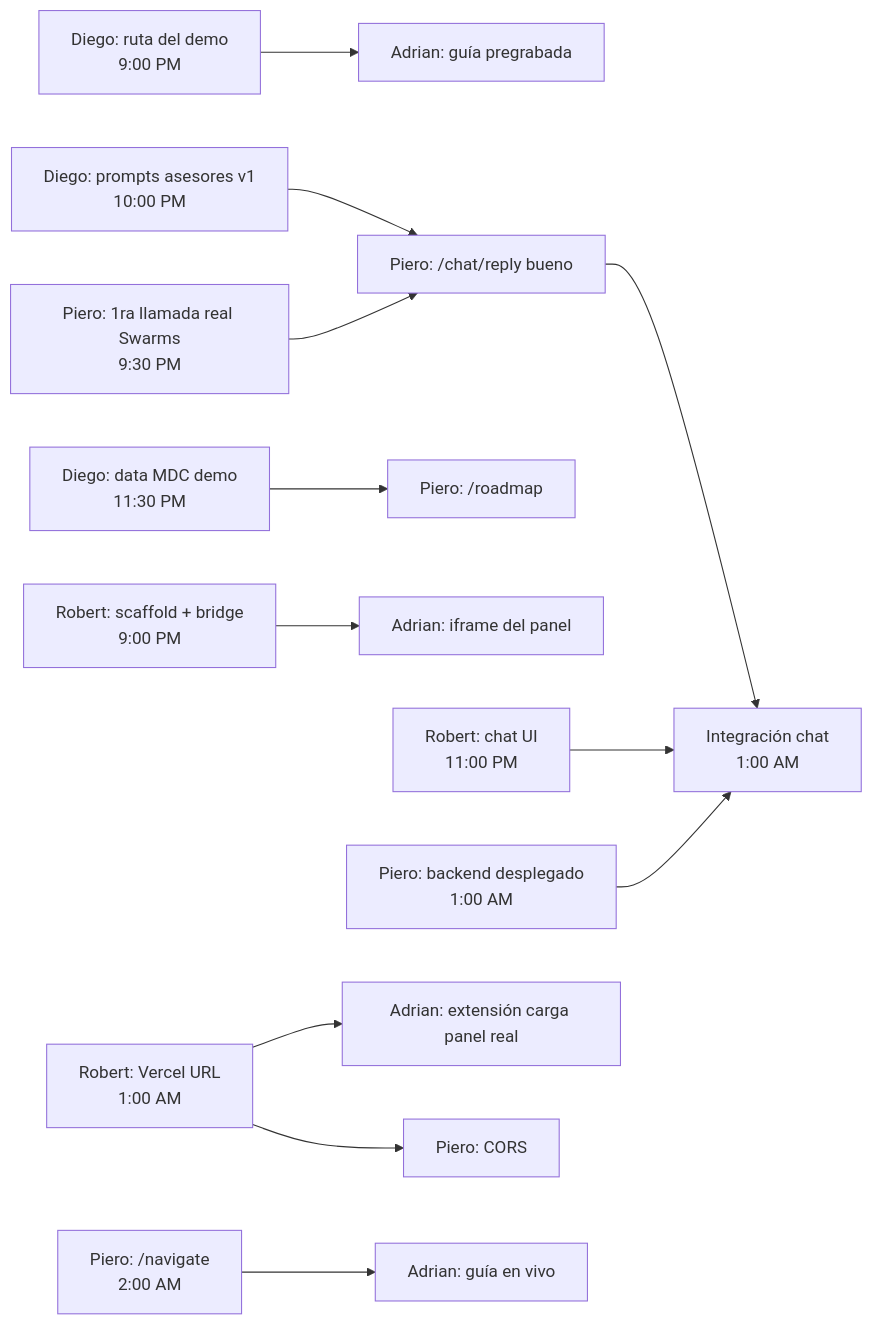
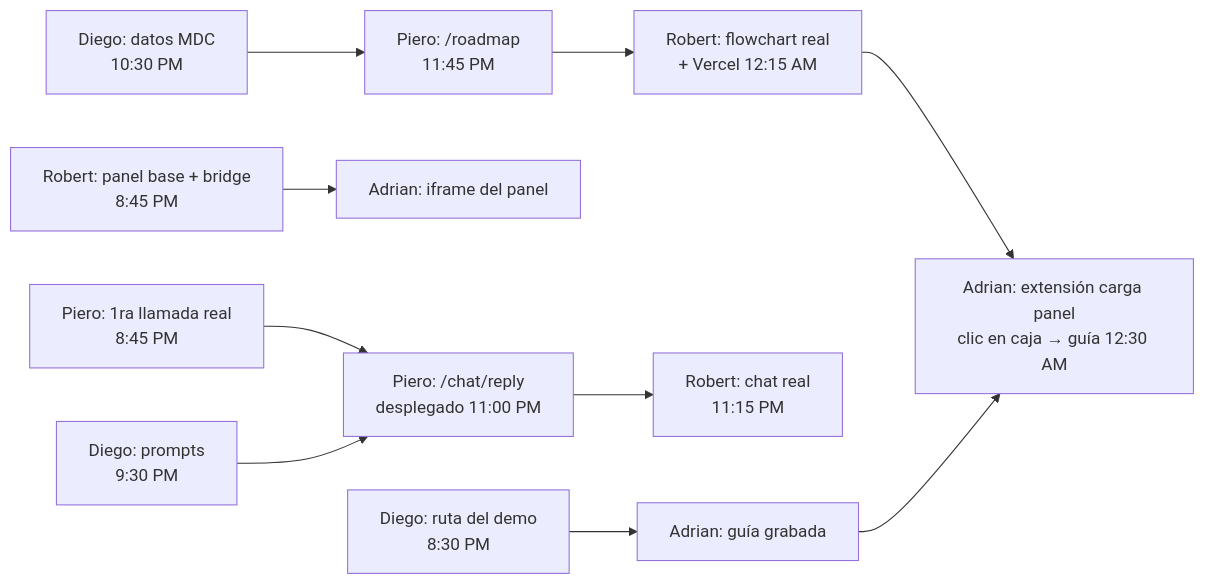
The diagram in docs/TEAM_PLAN.md (TheJollyFool/SharkByte-Hackathon), drawn with Mermaid before and after one commit. The commit also changed other lines of this file and 8 other files, not shown here.

````diff
--- a/docs/TEAM_PLAN.md
+++ b/docs/TEAM_PLAN.md
@@ -34,14 +37,12 @@
 ```mermaid
 flowchart LR
-    D1[Diego: ruta del demo<br/>9:00 PM] --> A3[Adrian: guía pregrabada]
-    D2[Diego: prompts asesores v1<br/>10:00 PM] --> P2[Piero: /chat/reply bueno]
-    D3[Diego: data MDC demo<br/>11:30 PM] --> P3[Piero: /roadmap]
-    R1[Robert: scaffold + bridge<br/>9:00 PM] --> A1[Adrian: iframe del panel]
-    P1[Piero: 1ra llamada real Swarms<br/>9:30 PM] --> P2
-    P2 --> I1[Integración chat<br/>1:00 AM]
-    R2[Robert: chat UI<br/>11:00 PM] --> I1
-    P4[Piero: backend desplegado<br/>1:00 AM] --> I1
-    R3[Robert: Vercel URL<br/>1:00 AM] --> A2[Adrian: extensión carga panel real]
-    R3 --> P5[Piero: CORS]
-    P6[Piero: /navigate<br/>2:00 AM] --> A4[Adrian: guía en vivo]
+    D1[Diego: ruta del demo<br/>8:30 PM] --> A3[Adrian: guía grabada]
+    R1[Robert: panel base + bridge<br/>8:45 PM] --> A1[Adrian: iframe del panel]
+    P1[Piero: 1ra llamada real<br/>8:45 PM] --> P2[Piero: /chat/reply<br/>desplegado 11:00 PM]
+    D2[Diego: prompts<br/>9:30 PM] --> P2
+    D3[Diego: datos MDC<br/>10:30 PM] --> P3[Piero: /roadmap<br/>11:45 PM]
+    P2 --> I1[Robert: chat real<br/>11:15 PM]
+    P3 --> I2[Robert: flowchart real<br/>+ Vercel 12:15 AM]
+    I2 --> A2[Adrian: extensión carga panel<br/>clic en caja → guía 12:30 AM]
+    A3 --> A2
 ```
````
